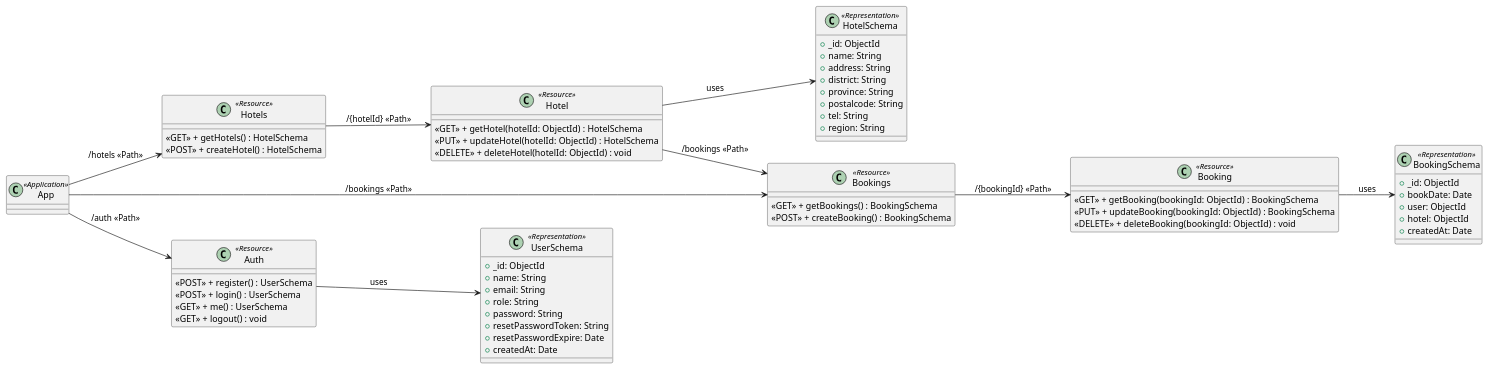
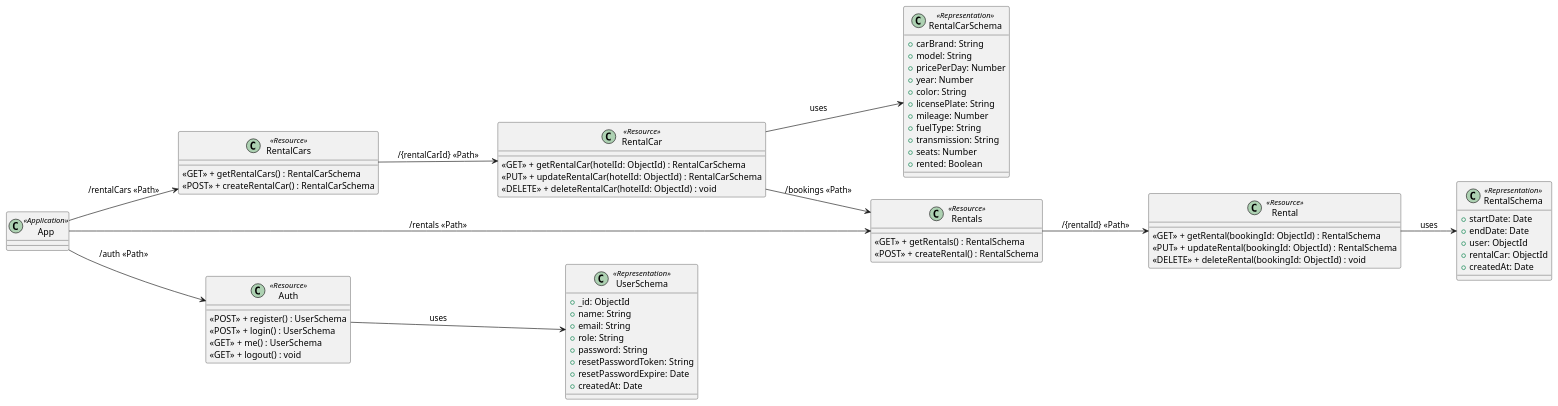
Before and after one commit to NinePoonyawat/SW_Project: the diagram in backend/umls/smart/classdiagram.puml, drawn with PlantUML.

Commit message:
class diagram

```diff
--- a/backend/umls/smart/classdiagram.puml
+++ b/backend/umls/smart/classdiagram.puml
@@ -1,79 +1,82 @@
 @startuml Class Diagram
 
 left to right direction
 
 class App <<Application>> {
 }
 
-class Hotels <<Resource>> {
-  <<GET>> + getHotels() : HotelSchema
-  <<POST>> + createHotel() : HotelSchema
+class RentalCars <<Resource>> {
+  <<GET>> + getRentalCars() : RentalCarSchema
+  <<POST>> + createRentalCar() : RentalCarSchema
 }
 
-class Hotel <<Resource>> {
-  <<GET>> + getHotel(hotelId: ObjectId) : HotelSchema
-  <<PUT>> + updateHotel(hotelId: ObjectId) : HotelSchema
-  <<DELETE>> + deleteHotel(hotelId: ObjectId) : void
+class RentalCar <<Resource>> {
+  <<GET>> + getRentalCar(hotelId: ObjectId) : RentalCarSchema
+  <<PUT>> + updateRentalCar(hotelId: ObjectId) : RentalCarSchema
+  <<DELETE>> + deleteRentalCar(hotelId: ObjectId) : void
 }
 
-class Bookings <<Resource>> {
-  <<GET>> + getBookings() : BookingSchema
-  <<POST>> + createBooking() : BookingSchema
+class Rentals <<Resource>> {
+  <<GET>> + getRentals() : RentalSchema
+  <<POST>> + createRental() : RentalSchema
 }
 
-class Booking <<Resource>> {
-  <<GET>> + getBooking(bookingId: ObjectId) : BookingSchema
-  <<PUT>> + updateBooking(bookingId: ObjectId) : BookingSchema
-  <<DELETE>> + deleteBooking(bookingId: ObjectId) : void
+class Rental <<Resource>> {
+  <<GET>> + getRental(bookingId: ObjectId) : RentalSchema
+  <<PUT>> + updateRental(bookingId: ObjectId) : RentalSchema
+  <<DELETE>> + deleteRental(bookingId: ObjectId) : void
 }
 
 class Auth <<Resource>> {
   <<POST>> + register() : UserSchema
   <<POST>> + login() : UserSchema
   <<GET>> + me() : UserSchema
   <<GET>> + logout() : void
 }
 
-class BookingSchema <<Representation>> {
-  +_id: ObjectId
-  +bookDate: Date
-  +user: ObjectId
-  +hotel: ObjectId
-  +createdAt: Date
+class RentalCarSchema <<Representation>>{
+  + carBrand: String
+  + model: String
+  + pricePerDay: Number
+  + year: Number
+  + color: String
+  + licensePlate: String
+  + mileage: Number
+  + fuelType: String
+  + transmission: String
+  + seats: Number
+  + rented: Boolean
 }
 
-class HotelSchema <<Representation>> {
-  +_id: ObjectId
-  +name: String
-  +address: String
-  +district: String
-  +province: String
-  +postalcode: String
-  +tel: String
-  +region: String
+class RentalSchema <<Representation>>{
+  + startDate: Date
+  + endDate: Date
+  + user: ObjectId
+  + rentalCar: ObjectId
+  + createdAt: Date
 }
 
 class UserSchema <<Representation>> {
   +_id: ObjectId
   +name: String
   +email: String
   +role: String
   +password: String
   +resetPasswordToken: String
   +resetPasswordExpire: Date
   +createdAt: Date
 }
 
-App --> Hotels : /hotels <<Path>>
-App --> Bookings : /bookings <<Path>>
+App --> RentalCars : /rentalCars <<Path>>
+App --> Rentals : /rentals <<Path>>
 App --> Auth : /auth <<Path>>
 Auth --> UserSchema : uses 
-Hotels --> Hotel : /{hotelId} <<Path>>
-Hotel --> HotelSchema : uses
+RentalCars --> RentalCar : /{rentalCarId} <<Path>>
+RentalCar --> RentalCarSchema : uses
 
-Hotel --> Bookings : /bookings <<Path>>
+RentalCar --> Rentals : /bookings <<Path>>
 
-Bookings --> Booking : /{bookingId} <<Path>>
-Booking --> BookingSchema : uses
+Rentals --> Rental : /{rentalId} <<Path>>
+Rental --> RentalSchema : uses
 
 @enduml
```
